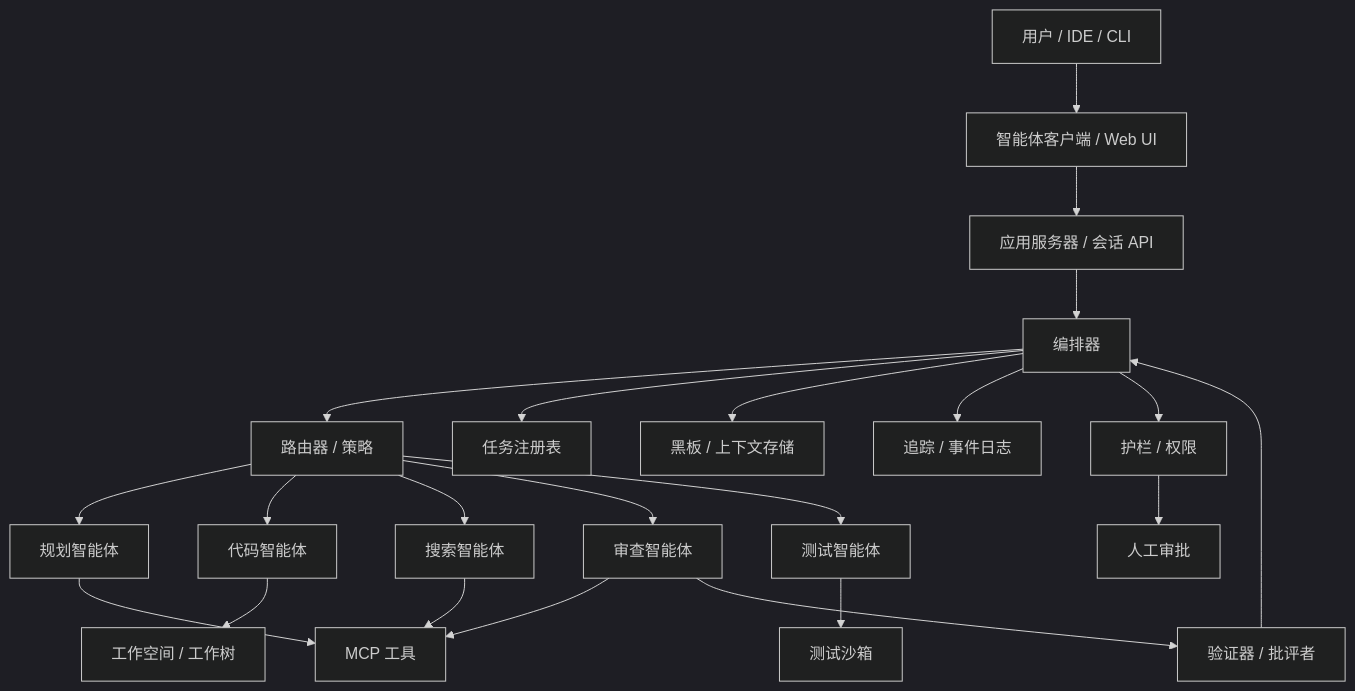
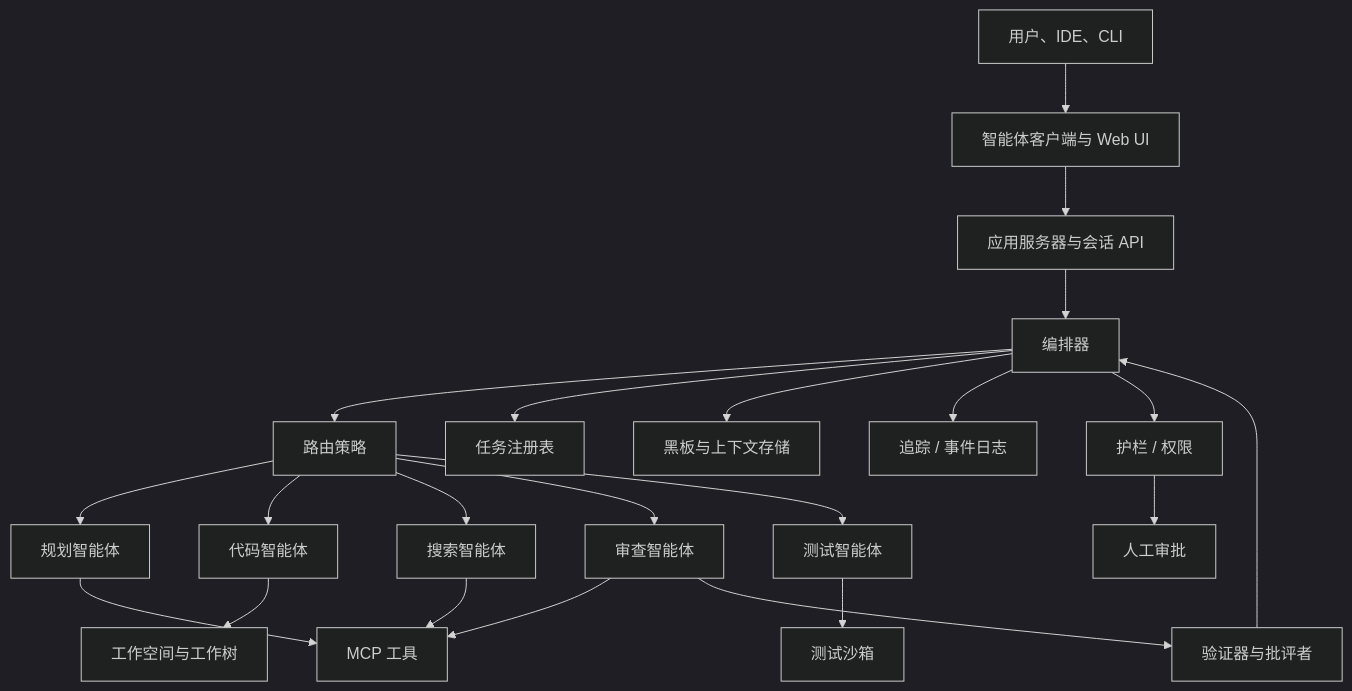
One commit to fuergaosi233/multiagent-explorer changed the diagram in content/wiki-zh/implementation/production-runtime.md. Above: the diagram before and after it, drawn with Mermaid (dark theme). The commit also changed other lines of this file and 46 other files, not shown here.

````diff
--- a/content/wiki-zh/implementation/production-runtime.md
+++ b/content/wiki-zh/implementation/production-runtime.md
@@ -10,28 +10,28 @@
 ```mermaid
 flowchart TD
-  U[用户 / IDE / CLI] --> Client[智能体客户端 / Web UI]
-  Client --> API[应用服务器 / 会话 API]
+  U[用户、IDE、CLI] --> Client[智能体客户端与 Web UI]
+  Client --> API[应用服务器与会话 API]
   API --> O[编排器]
 
-  O --> Router[路由器 / 策略]
+  O --> Router[路由策略]
   O --> Registry[任务注册表]
-  O --> Memory[黑板 / 上下文存储]
+  O --> Memory[黑板与上下文存储]
   O --> Trace[追踪 / 事件日志]
   O --> Guard[护栏 / 权限]
 
   Router --> Planner[规划智能体]
   Router --> Code[代码智能体]
   Router --> Search[搜索智能体]
   Router --> Review[审查智能体]
   Router --> Test[测试智能体]
 
-  Code --> W1[工作空间 / 工作树]
+  Code --> W1[工作空间与工作树]
   Test --> W2[测试沙箱]
   Search --> MCP[MCP 工具]
   Review --> MCP
   Planner --> MCP
 
   Guard --> HITL[人工审批]
-  Review --> Verifier[验证器 / 批评者]
+  Review --> Verifier[验证器与批评者]
   Verifier --> O
 ```
````
